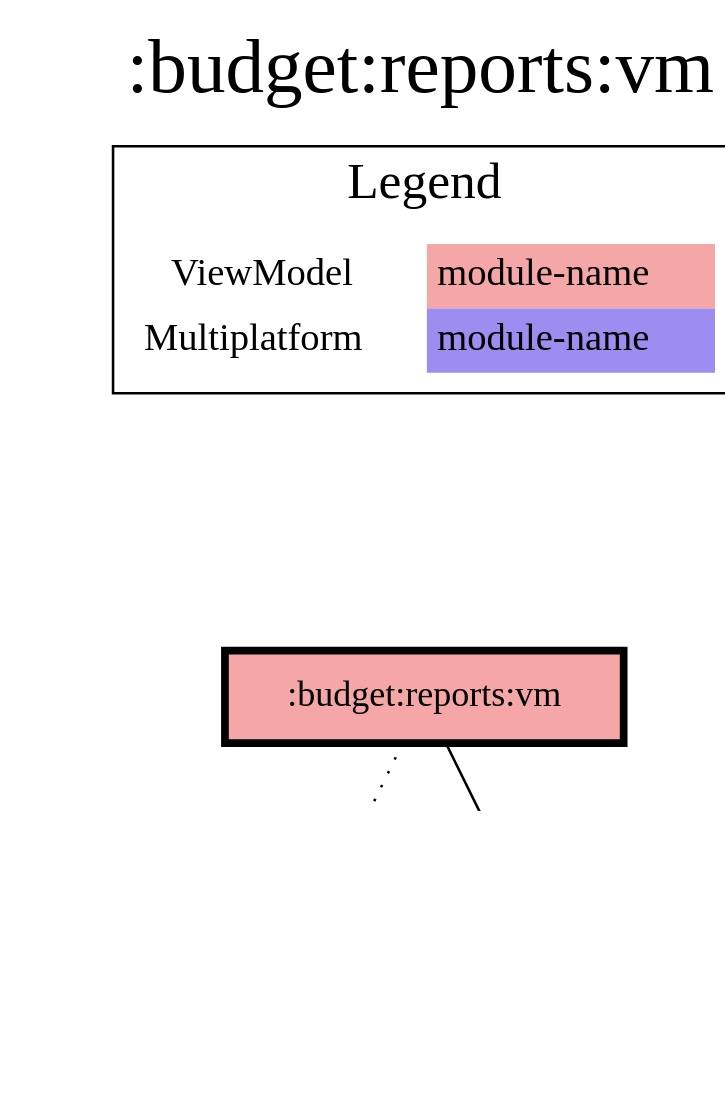
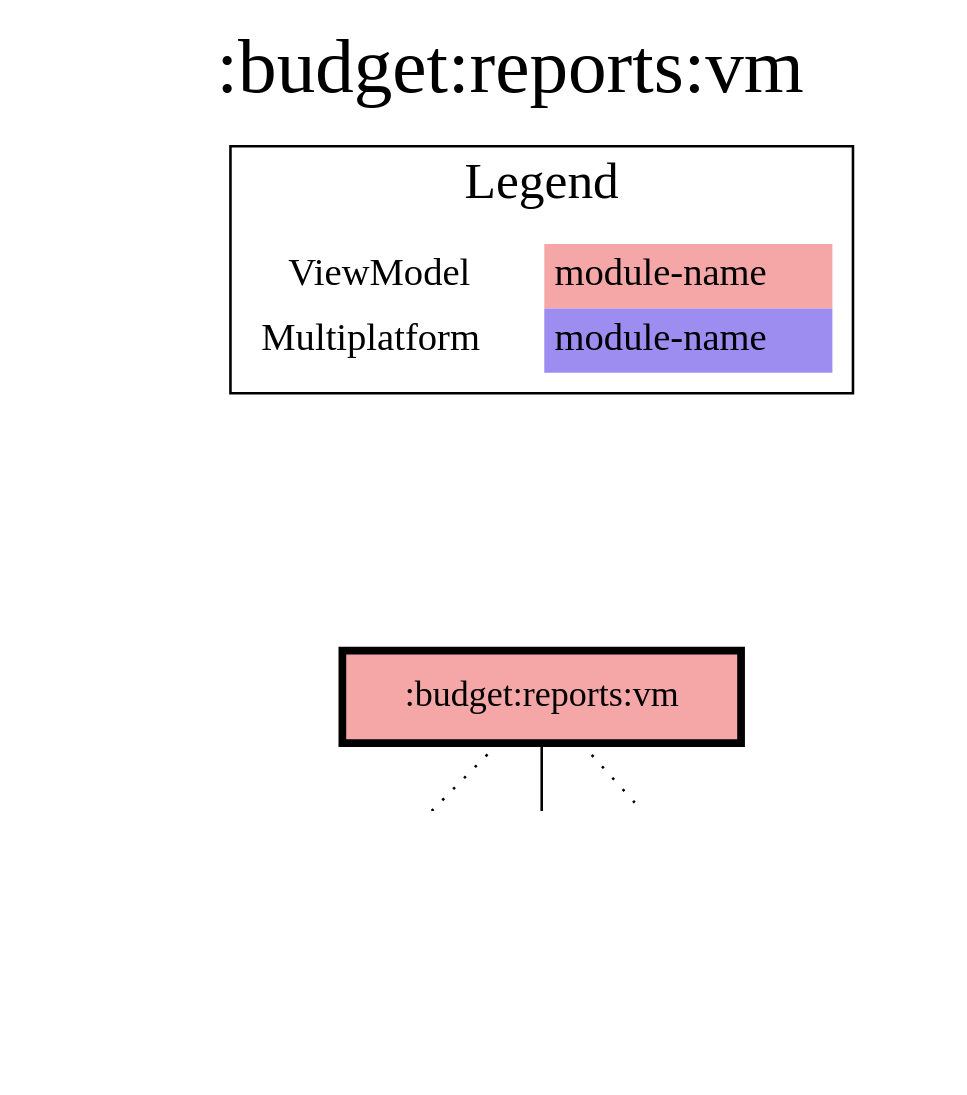
The diagram in modules/budget/reports/vm/modules.dot (jonapoul/aktual), drawn with Graphviz before and after one commit. The commit also changed 35 other files, not shown here.

```diff
--- a/modules/budget/reports/vm/modules.dot
+++ b/modules/budget/reports/vm/modules.dot
@@ -1,25 +1,27 @@
 digraph {
 edge ["dir"="forward"]
 graph ["dpi"="100","label"=":budget:reports:vm","labelloc"="t","fontsize"="30","ranksep"="1.5","rankdir"="TB"]
 node ["style"="filled"]
 ":account:model" ["fillcolor"="#9D8DF1","shape"="none"]
 ":budget:model" ["fillcolor"="#9D8DF1","shape"="none"]
 ":budget:reports:vm" ["fillcolor"="#F5A6A6","color"="black","penwidth"="3","shape"="box"]
+":core:model" ["fillcolor"="#9D8DF1","shape"="none"]
 {
 edge ["dir"="none"]
 graph ["rank"="same"]
 ":budget:reports:vm"
 }
 ":budget:reports:vm" -> ":account:model" ["style"="dotted"]
 ":budget:reports:vm" -> ":budget:model"
+":budget:reports:vm" -> ":core:model" ["style"="dotted"]
 subgraph "cluster_legend" {
 edge ["dir"="none"]
 graph ["label"="Legend","fontsize"="20"]
 "Legend" ["style"="filled","fillcolor"="#FFFFFF","shape"="none","margin"="0","fontsize"="15","label"=<
 <TABLE BORDER="0" CELLBORDER="0" CELLSPACING="0" CELLPADDING="4">
 <TR><TD>ViewModel</TD><TD BGCOLOR="#F5A6A6">module-name</TD></TR>
 <TR><TD>Multiplatform</TD><TD BGCOLOR="#9D8DF1">module-name</TD></TR>
 </TABLE>
 >]
 } -> ":budget:reports:vm" ["style"="invis"]
 }
```
